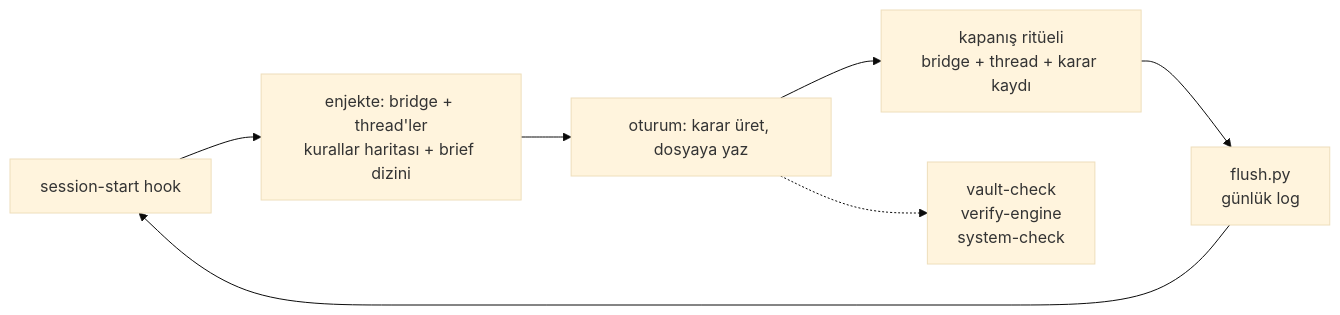
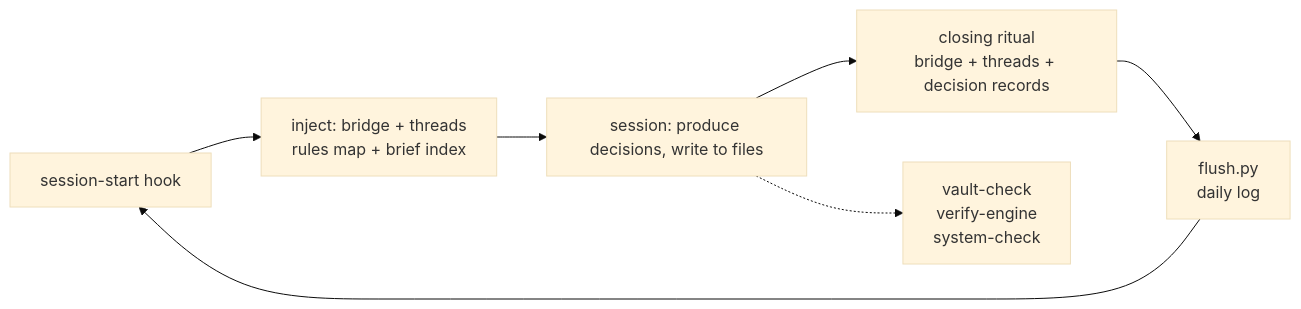
The diagram in seeds/vault-engine.md (burakboduroglu/nors), drawn with Mermaid (base theme) before and after one commit. The commit also changed other lines of this file and 2 other files, not shown here.

````diff
--- a/seeds/vault-engine.md
+++ b/seeds/vault-engine.md
@@ -18,9 +19,9 @@
 ```mermaid
 flowchart LR
-    hook[session-start hook] --> inject["enjekte: bridge + thread'ler<br>kurallar haritası + brief dizini"]
-    inject --> work[oturum: karar üret, dosyaya yaz]
-    work --> rite[kapanış ritüeli<br>bridge + thread + karar kaydı]
-    rite --> flush[flush.py<br>günlük log]
+    hook[session-start hook] --> inject["inject: bridge + threads<br>rules map + brief index"]
+    inject --> work[session: produce decisions, write to files]
+    work --> rite[closing ritual<br>bridge + threads + decision records]
+    rite --> flush[flush.py<br>daily log]
     flush --> hook
     work -.-> check[vault-check<br>verify-engine<br>system-check]
 ```
````
